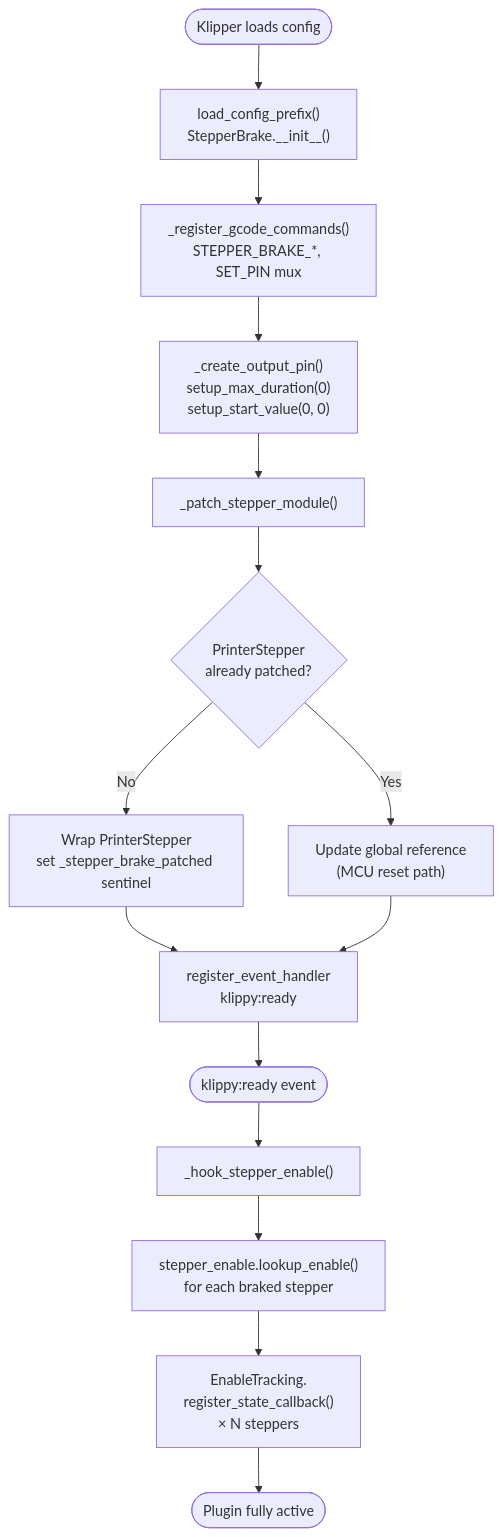
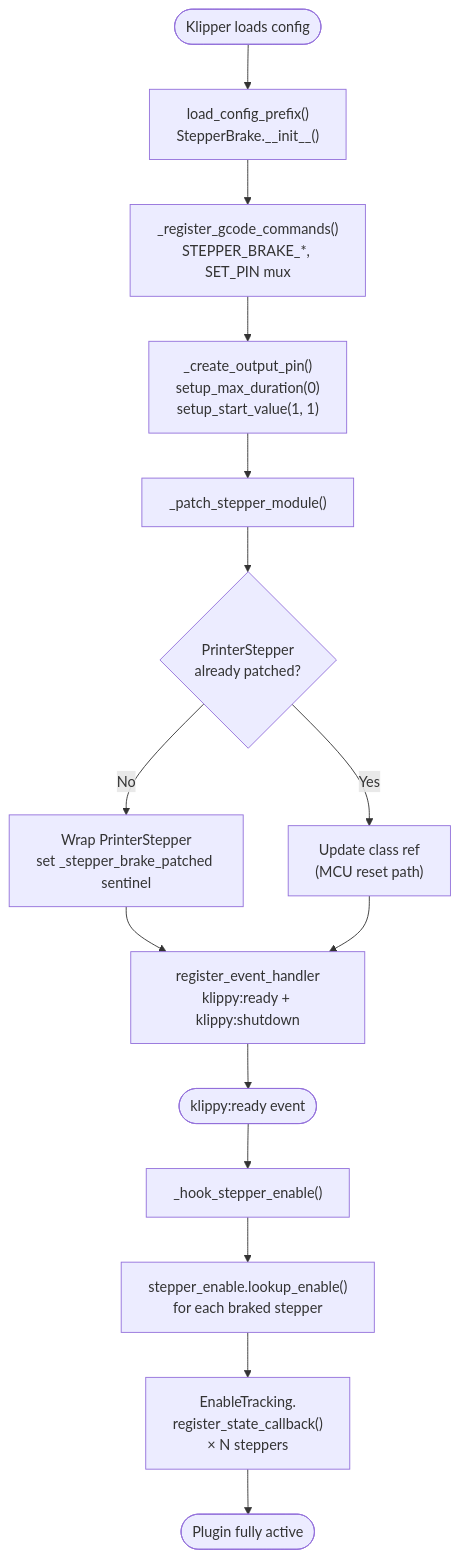
The third of 4 diagrams in docs/stepper_brake.md (CooperGerman/uboe_klippy_plugins), drawn with Mermaid before and after one commit. The commit also changed other lines of this file and 1 other file, not shown here.

First line of the commit message:
fix(stepper_brake): correct pin polarity and update docs

````diff
--- a/docs/stepper_brake.md
+++ b/docs/stepper_brake.md
@@ -93,18 +96,18 @@
 ```mermaid
 flowchart TD
     A([Klipper loads config]) --> B["load_config_prefix()\nStepperBrake.__init__()"]
     B --> C["_register_gcode_commands()\nSTEPPER_BRAKE_*, SET_PIN mux"]
-    C --> D["_create_output_pin()\nsetup_max_duration(0)\nsetup_start_value(0, 0)"]
+    C --> D["_create_output_pin()\nsetup_max_duration(0)\nsetup_start_value(1, 1)"]
     D --> E["_patch_stepper_module()"]
     E --> F{PrinterStepper\nalready patched?}
     F -- No --> G["Wrap PrinterStepper\nset _stepper_brake_patched sentinel"]
-    F -- Yes --> H["Update global reference\n(MCU reset path)"]
+    F -- Yes --> H["Update class ref\n(MCU reset path)"]
     G --> I
-    H --> I["register_event_handler\nklippy:ready"]
+    H --> I["register_event_handler\nklippy:ready + klippy:shutdown"]
 
     I --> J([klippy:ready event])
     J --> K["_hook_stepper_enable()"]
     K --> L["stepper_enable.lookup_enable()\nfor each braked stepper"]
     L --> M["EnableTracking.\nregister_state_callback()\n× N steppers"]
     M --> N([Plugin fully active])
 ```
````
